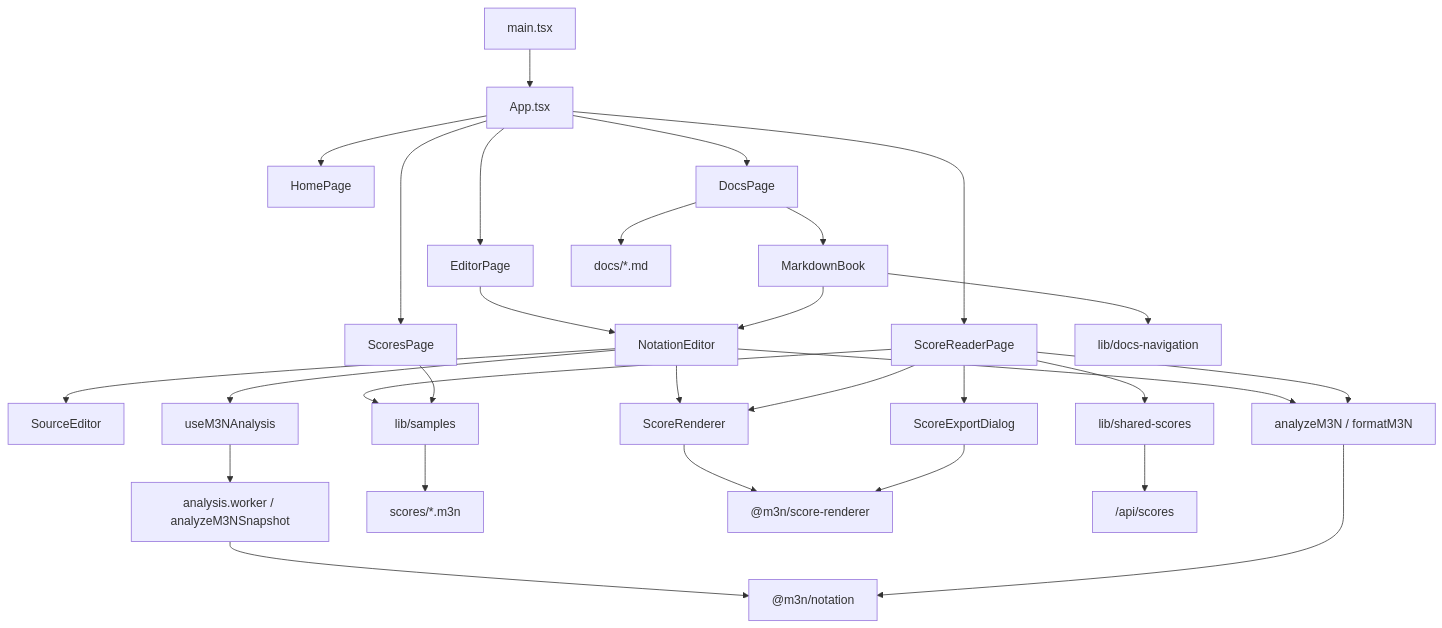
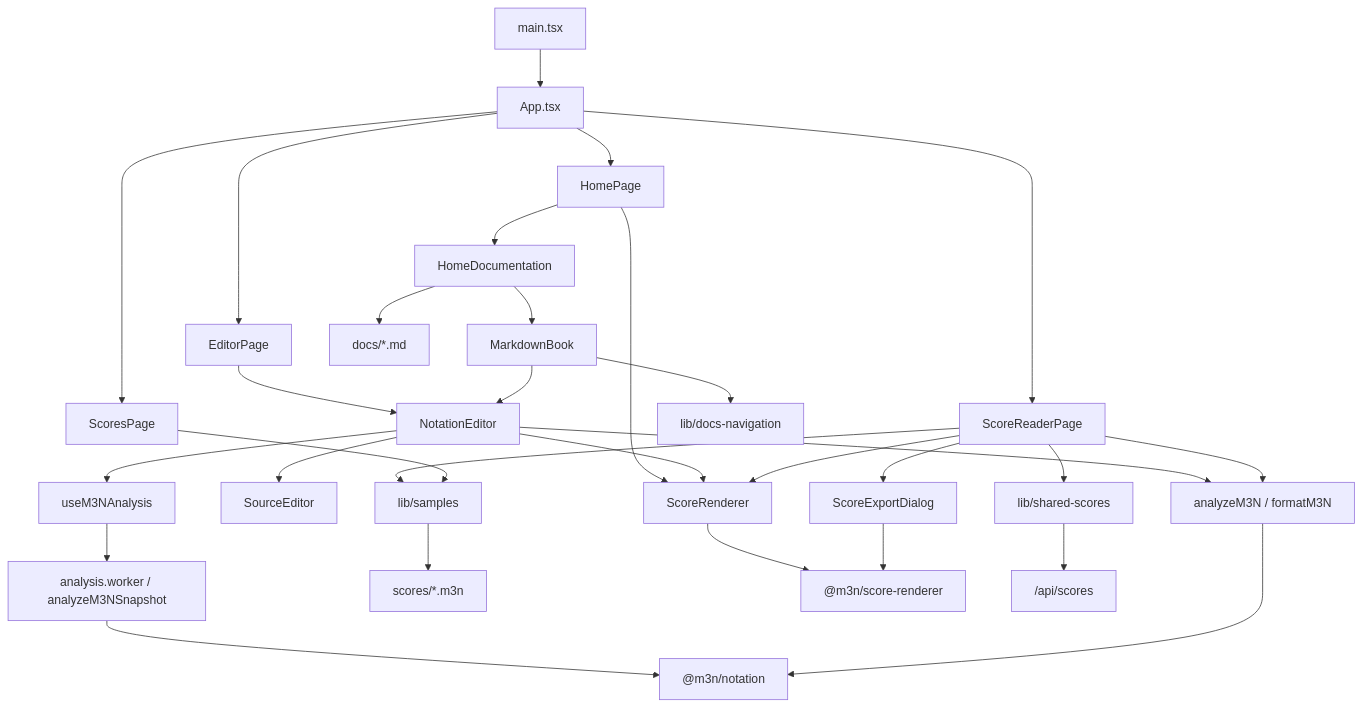
One commit to huazhechen/m3n changed the second of 5 diagrams in docs/CODEGRAPH.md. Above: the diagram before and after it, drawn with Mermaid. The commit also changed 18 other files, not shown here.

Commit message:
feat: integrate guides and full score example into home page

````diff
--- a/docs/CODEGRAPH.md
+++ b/docs/CODEGRAPH.md
@@ -39,36 +39,37 @@
 ```mermaid
 flowchart TD
   main["main.tsx"] --> app["App.tsx"]
   app --> home["HomePage"]
   app --> editorPage["EditorPage"]
   app --> scoresPage["ScoresPage"]
   app --> readerPage["ScoreReaderPage"]
-  app --> docsPage["DocsPage"]
+  home --> homeDocumentation["HomeDocumentation"]
+  home --> scoreRenderer["ScoreRenderer"]
 
   editorPage --> notationEditor["NotationEditor"]
   notationEditor --> sourceEditor["SourceEditor"]
   notationEditor --> analyze["analyzeM3N / formatM3N"]
   notationEditor --> analysisHook["useM3NAnalysis"]
   analysisHook --> analysisWorker["analysis.worker / analyzeM3NSnapshot"]
   analysisWorker --> notationPkg["@m3n/notation"]
   notationEditor --> scoreRenderer["ScoreRenderer"]
 
   readerPage --> samples["lib/samples"]
   readerPage --> shared["lib/shared-scores"]
   readerPage --> analyze
   readerPage --> scoreRenderer
   readerPage --> exportDialog["ScoreExportDialog"]
 
   scoresPage --> samples
   samples --> corpus["scores/*.m3n"]
 
-  docsPage --> markdownBook["MarkdownBook"]
+  homeDocumentation --> markdownBook["MarkdownBook"]
   markdownBook --> docsNav["lib/docs-navigation"]
   markdownBook --> notationEditor
-  docsPage --> markdown["docs/*.md"]
+  homeDocumentation --> markdown["docs/*.md"]
 
   scoreRenderer --> rendererPkg["@m3n/score-renderer"]
   exportDialog --> rendererPkg
   analyze --> notationPkg
   shared --> api["/api/scores"]
 ```
````
